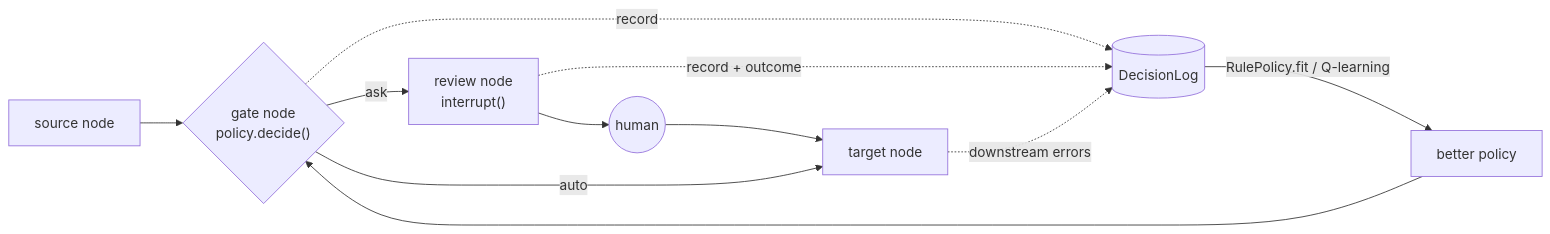
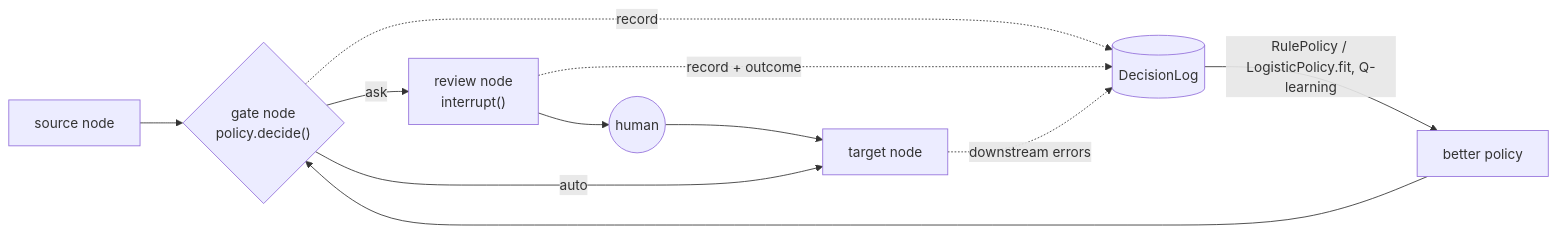
The diagram in README.md (doertail/hitl-gate), drawn with Mermaid before and after one commit. The commit also changed other lines of this file and 8 other files, not shown here.

Commit message:
Add LogisticPolicy: per-item error probability with a cost threshold, pooled across gates (0.3.0)

````diff
--- a/README.md
+++ b/README.md
@@ -121,10 +122,10 @@
 ```mermaid
 flowchart LR
     S[source node] --> G{"gate node<br/>policy.decide()"}
     G -- ask --> R["review node<br/>interrupt()"] --> H((human)) --> T[target node]
     G -- auto --> T
     G -. record .-> L[(DecisionLog)]
     R -. record + outcome .-> L
     T -. downstream errors .-> L
-    L -- RulePolicy.fit / Q-learning --> P[better policy] --> G
+    L -- RulePolicy / LogisticPolicy.fit, Q-learning --> P[better policy] --> G
 ```
````
